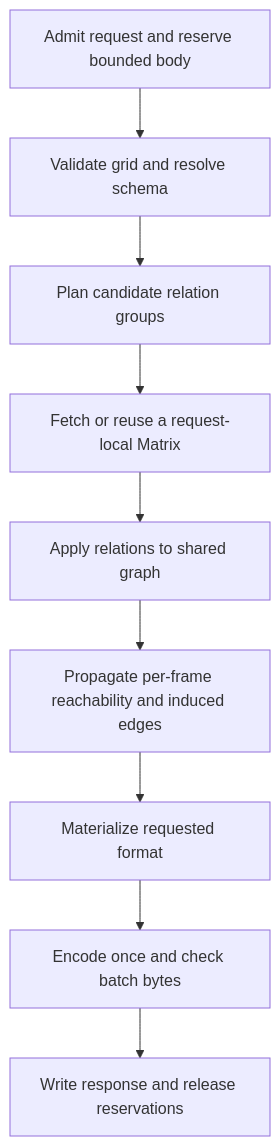
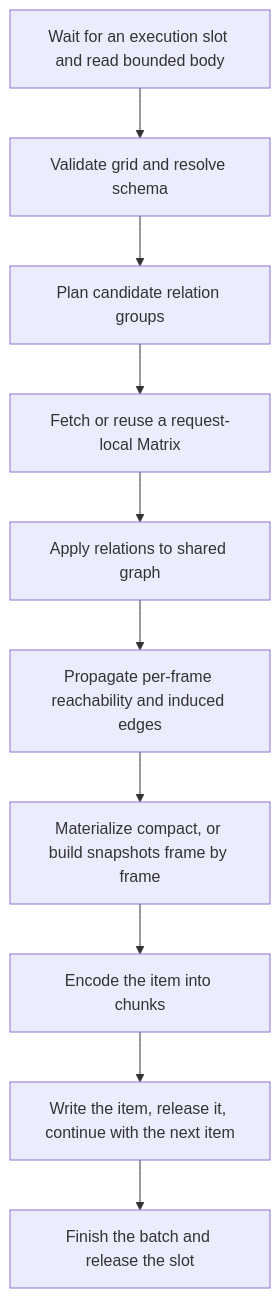
The diagram in pkg/unify-query/docs/timegraph-output-optimization.md (TencentBlueKing/bkmonitor-datalink), drawn with Mermaid before and after one commit. The commit also changed other lines of this file and 112 other files, not shown here.

````diff
--- a/pkg/unify-query/docs/timegraph-output-optimization.md
+++ b/pkg/unify-query/docs/timegraph-output-optimization.md
@@ -9,11 +9,12 @@
 ```mermaid
 flowchart TD
-    A[Admit request and reserve bounded body] --> B[Validate grid and resolve schema]
+    A[Wait for an execution slot and read bounded body] --> B[Validate grid and resolve schema]
     B --> C[Plan candidate relation groups]
     C --> D[Fetch or reuse a request-local Matrix]
     D --> E[Apply relations to shared graph]
     E --> F[Propagate per-frame reachability and induced edges]
-    F --> G[Materialize requested format]
-    G --> H[Encode once and check batch bytes]
-    H --> I[Write response and release reservations]
+    F --> G[Materialize compact, or build snapshots frame by frame]
+    G --> H[Encode the item into chunks]
+    H --> I[Write the item, release it, continue with the next item]
+    I --> J[Finish the batch and release the slot]
 ```
````
